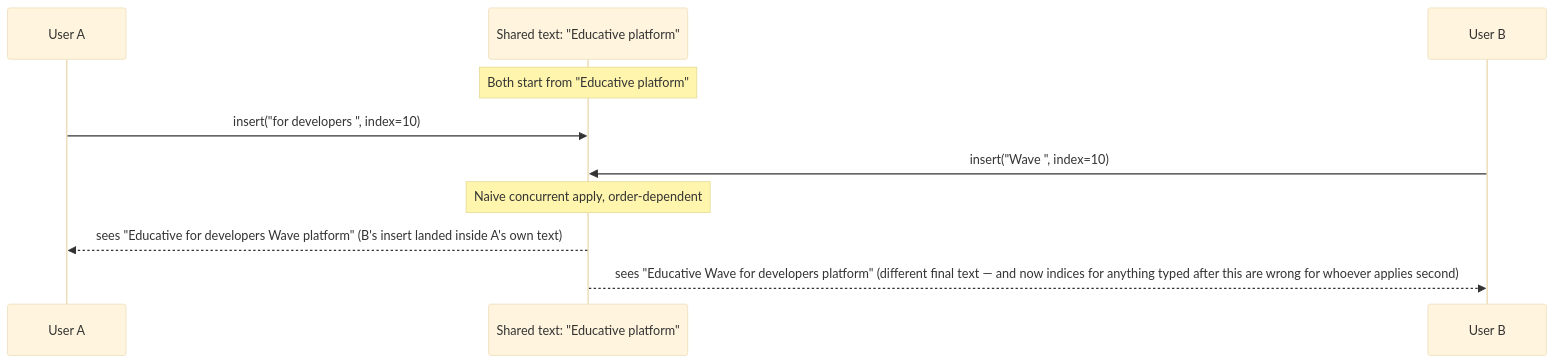
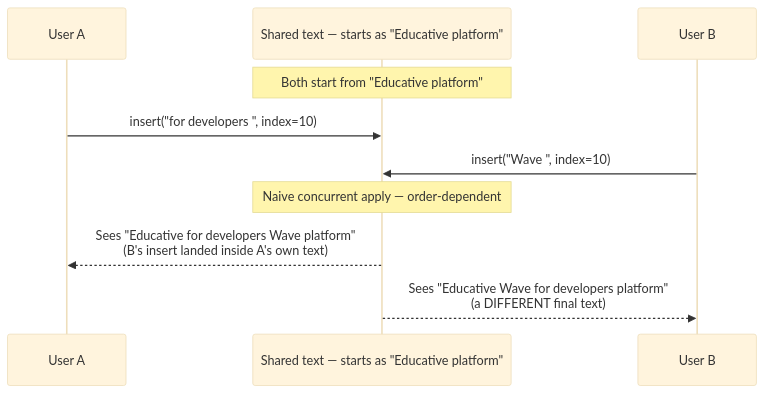
Before and after one commit to riyaz-pasha/Learnings: the second of 14 diagrams in system-design/HLD/0-course/38-Design-a-Collaborative-Document-Editing-Service-Google-Docs-FAANG-Guide-story.md, drawn with Mermaid (base theme). The commit also changed other lines of this file and 1 other file, not shown here.

Commit message:
[REWRITE] Google Docs story guide: simplify prose, add structure, fix diagrams

````diff
--- a/system-design/HLD/0-course/38-Design-a-Collaborative-Document-Editing-Service-Google-Docs-FAANG-Guide-story.md
+++ b/system-design/HLD/0-course/38-Design-a-Collaborative-Document-Editing-Service-Google-Docs-FAANG-Guide-story.md
@@ -49,13 +96,14 @@
 ```mermaid
 sequenceDiagram
     participant A as User A
-    participant Doc as Shared text: "Educative platform"
+    participant Doc as Shared text — starts as "Educative platform"
     participant B as User B
 
     Note over Doc: Both start from "Educative platform"
     A->>Doc: insert("for developers ", index=10)
     B->>Doc: insert("Wave ", index=10)
-    Note over Doc: Naive concurrent apply, order-dependent
-    Doc-->>A: sees "Educative for developers Wave platform" (B's insert landed inside A's own text)
-    Doc-->>B: sees "Educative Wave for developers platform" (different final text — and now indices for anything typed after this are wrong for whoever applies second)
+    Note over Doc: Naive concurrent apply — order-dependent
+
+    Doc-->>A: Sees "Educative for developers Wave platform"<br/>(B's insert landed inside A's own text)
+    Doc-->>B: Sees "Educative Wave for developers platform"<br/>(a DIFFERENT final text)
 ```
````
